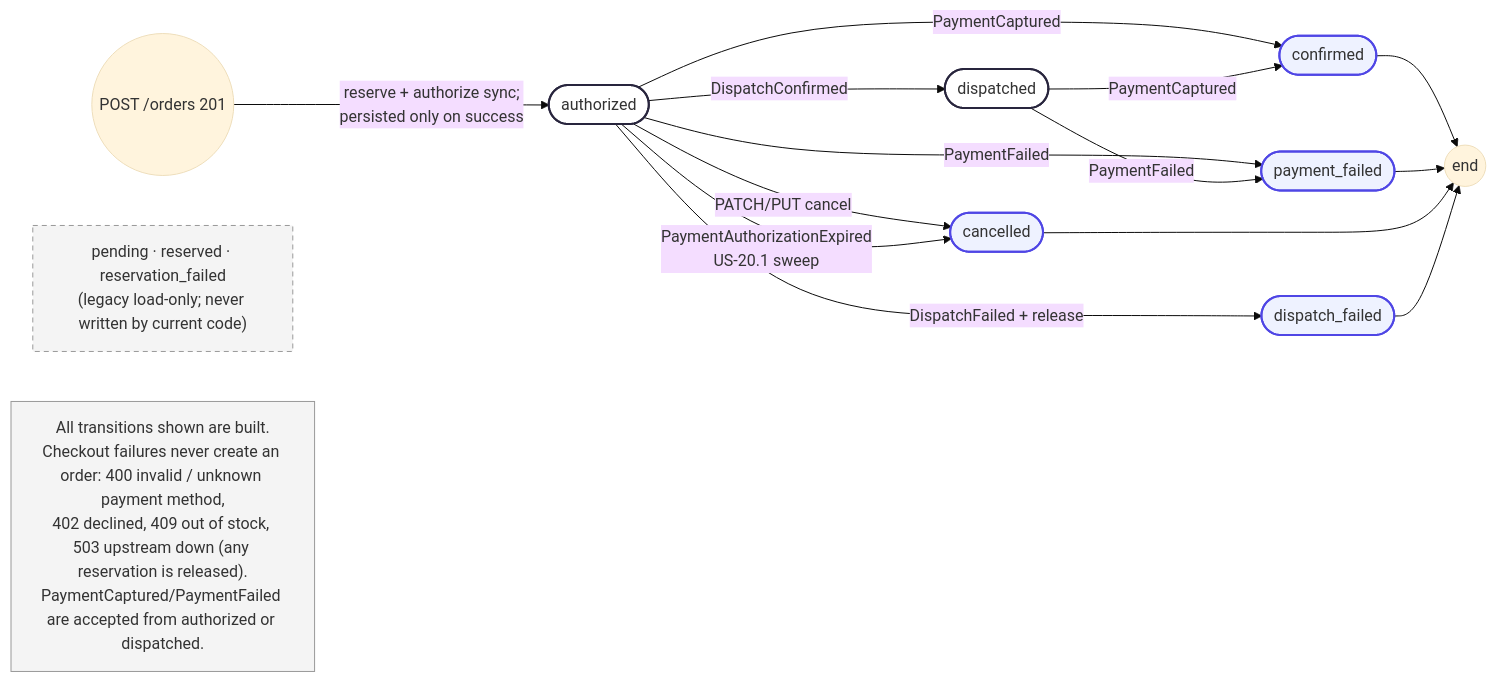
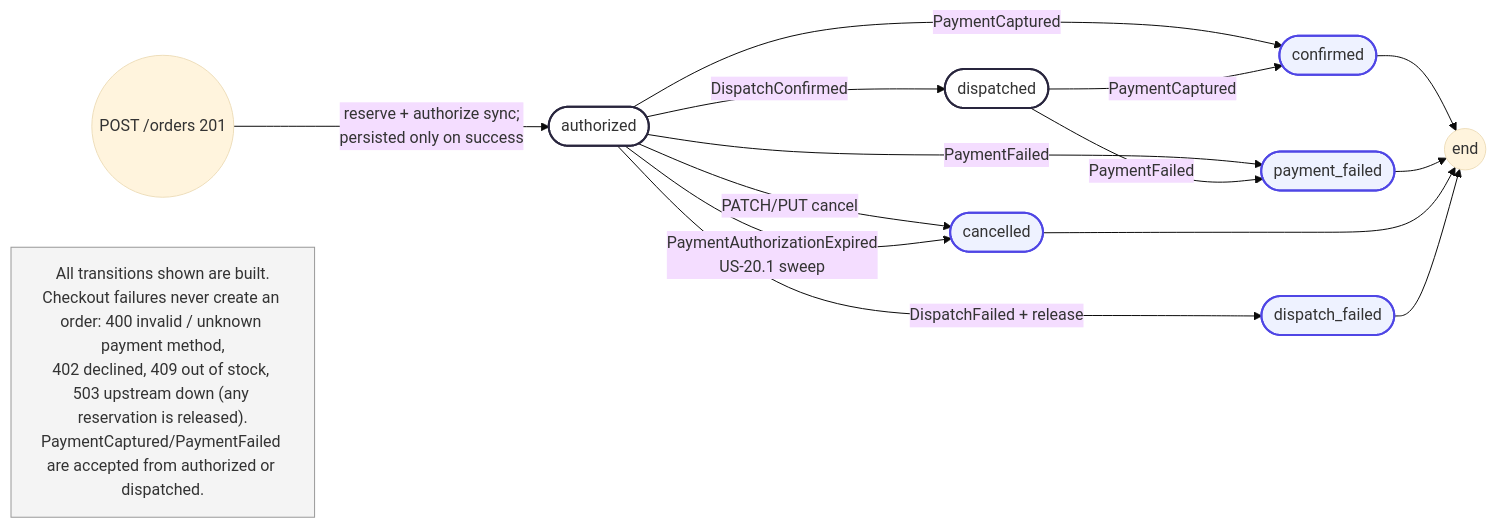
Before and after one commit to beckfordp/gluon: the diagram in docs/diagrams/order-state-model.mmd, drawn with Mermaid (base theme). The commit also changed 19 other files, not shown here.

```diff
--- a/docs/diagrams/order-state-model.mmd
+++ b/docs/diagrams/order-state-model.mmd
@@ -1,37 +1,34 @@
 flowchart LR
     START(("POST /orders 201"))
     AUTHORIZED(["authorized"])
     DISPATCHED(["dispatched"])
     CONFIRMED(["confirmed"])
     PAYMENT_FAILED(["payment_failed"])
     CANCELLED(["cancelled"])
     DISPATCH_FAILED(["dispatch_failed"])
     END(("end"))
 
     START -->|"reserve + authorize sync;<br/>persisted only on success"| AUTHORIZED
 
     AUTHORIZED -->|"DispatchConfirmed"| DISPATCHED
     AUTHORIZED -->|"PaymentCaptured"| CONFIRMED
     DISPATCHED -->|"PaymentCaptured"| CONFIRMED
     AUTHORIZED -->|"PaymentFailed"| PAYMENT_FAILED
     DISPATCHED -->|"PaymentFailed"| PAYMENT_FAILED
     AUTHORIZED -->|"DispatchFailed + release"| DISPATCH_FAILED
     AUTHORIZED -->|"PATCH/PUT cancel"| CANCELLED
     AUTHORIZED -->|"PaymentAuthorizationExpired<br/>US-20.1 sweep"| CANCELLED
 
     CONFIRMED --> END
     PAYMENT_FAILED --> END
     CANCELLED --> END
     DISPATCH_FAILED --> END
 
-    LEGACY["pending · reserved · reservation_failed<br/>(legacy load-only; never written by current code)"]
     NOTE["All transitions shown are built.<br/>Checkout failures never create an order: 400 invalid / unknown payment method,<br/>402 declined, 409 out of stock, 503 upstream down (any reservation is released).<br/>PaymentCaptured/PaymentFailed are accepted from authorized or dispatched."]
 
     classDef built fill:#ffffff,stroke:#28253D,stroke-width:2px
     classDef terminal fill:#eef2ff,stroke:#4f46e5,stroke-width:2px
-    classDef legacy fill:#f4f4f4,stroke:#999999,stroke-dasharray:5 4
     classDef note fill:#f4f4f4,stroke:#999999
     class AUTHORIZED,DISPATCHED built
     class CONFIRMED,PAYMENT_FAILED,CANCELLED,DISPATCH_FAILED terminal
-    class LEGACY legacy
     class NOTE note
```
